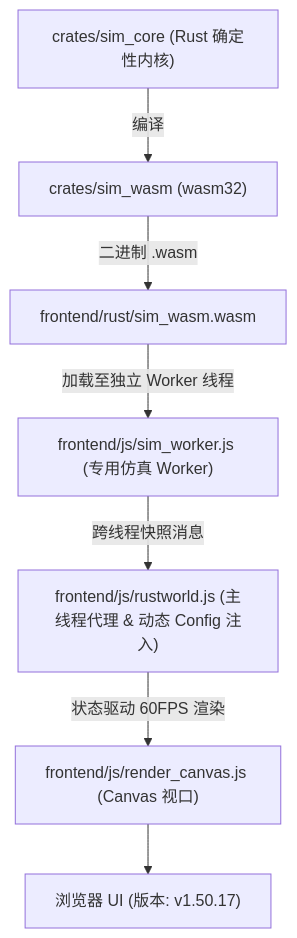
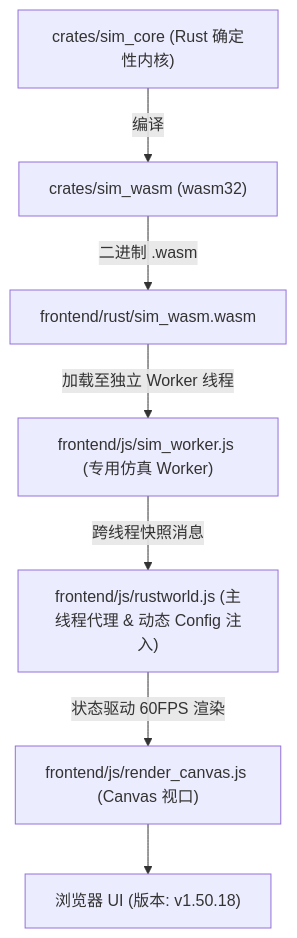
One commit to g39088902/FlowAndAccord changed the diagram in AGENTS.md. Above: the diagram before and after it, drawn with Mermaid. The commit also changed other lines of this file and 42 other files, not shown here.

````diff
--- a/AGENTS.md
+++ b/AGENTS.md
@@ -62,9 +62,9 @@
 ```mermaid
 graph TD
     A["crates/sim_core (Rust 确定性内核)"] -->|编译| B["crates/sim_wasm (wasm32)"]
     B -->|二进制 .wasm| C["frontend/rust/sim_wasm.wasm"]
     C -->|加载至独立 Worker 线程| D["frontend/js/sim_worker.js (专用仿真 Worker)"]
     D -->|跨线程快照消息| E["frontend/js/rustworld.js (主线程代理 & 动态 Config 注入)"]
     E -->|状态驱动 60FPS 渲染| F["frontend/js/render_canvas.js (Canvas 视口)"]
-    F --> G["浏览器 UI (版本: v1.50.17)"]
+    F --> G["浏览器 UI (版本: v1.50.18)"]
 ```
````
